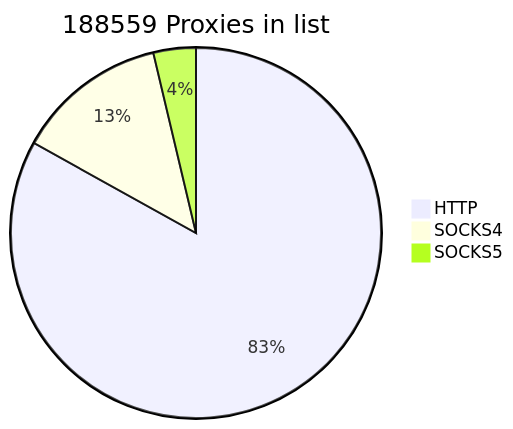
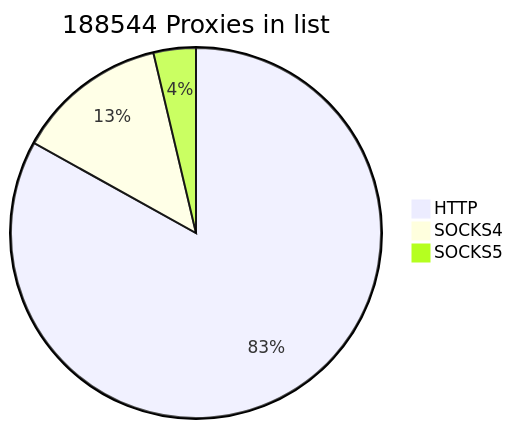
Before and after one commit to cutipu/proxylist: the first of 2 diagrams in README.md, drawn with Mermaid. The commit also changed other lines of this file, not shown here.

````diff
--- a/README.md
+++ b/README.md
@@ -2,7 +2,7 @@
 ```mermaid
-pie title 188559 Proxies in list
+pie title 188544 Proxies in list
     "HTTP" : 156625
     "SOCKS4" : 24950
-    "SOCKS5" : 6984
+    "SOCKS5" : 6969
             
 ```
````
